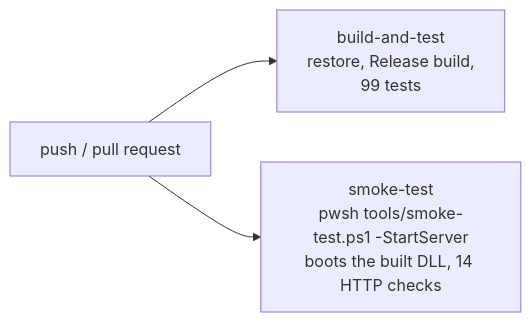
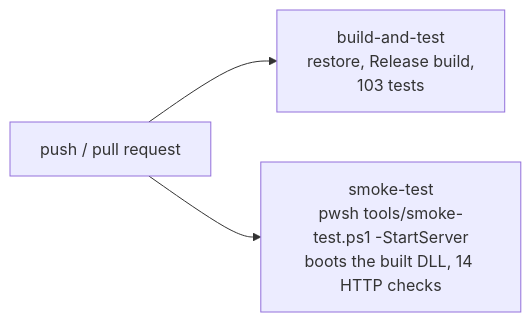
One commit to bgard68/Net10Sudoku changed the diagram in docs/testing.md. Above: the diagram before and after it, drawn with Mermaid. The commit also changed other lines of this file and 7 other files, not shown here.

````diff
--- a/docs/testing.md
+++ b/docs/testing.md
@@ -150,5 +180,5 @@
 ```mermaid
 flowchart LR
-    Push["push / pull request"] --> A["build-and-test<br/>restore, Release build,<br/>99 tests"]
+    Push["push / pull request"] --> A["build-and-test<br/>restore, Release build,<br/>103 tests"]
     Push --> B["smoke-test<br/>pwsh tools/smoke-test.ps1 -StartServer<br/>boots the built DLL, 14 HTTP checks"]
 ```
````
